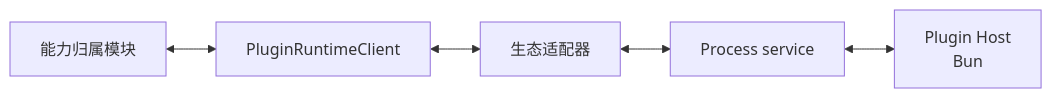
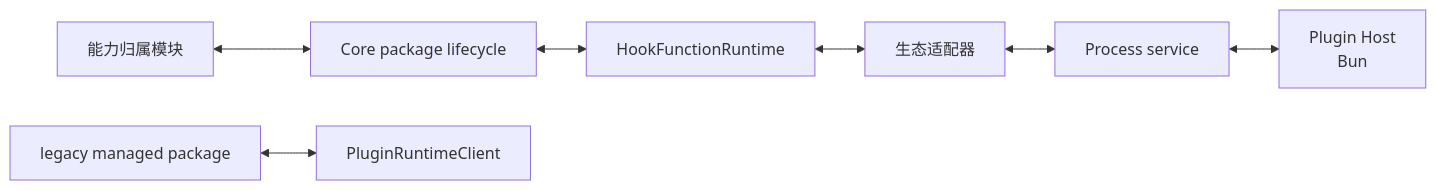
One commit to 1688mengdie/BitFun changed the first of 13 diagrams in docs/architecture/extensions/plugin-runtime-design.md. Above: the diagram before and after it, drawn with Mermaid. The commit also changed other lines of this file and 17 other files, not shown here.

Commit message:
fix(extensions): harden OpenCode plugin runtime integration

````diff
--- a/docs/architecture/extensions/plugin-runtime-design.md
+++ b/docs/architecture/extensions/plugin-runtime-design.md
@@ -35,13 +36,18 @@
 ```mermaid
 flowchart LR
   Owners["能力归属模块"]
-  Client["PluginRuntimeClient"]
+  Lifecycle["Core package lifecycle"]
+  Runtime["HookFunctionRuntime"]
   Adapter["生态适配器"]
   Service["Process service"]
   Host["Plugin Host\nBun"]
+  Legacy["legacy managed package"]
+  Client["PluginRuntimeClient"]
 
-  Owners <--> Client
-  Client <--> Adapter
+  Owners <--> Lifecycle
+  Lifecycle <--> Runtime
+  Runtime <--> Adapter
   Adapter <--> Service
   Service <--> Host
+  Legacy <--> Client
 ```
````
